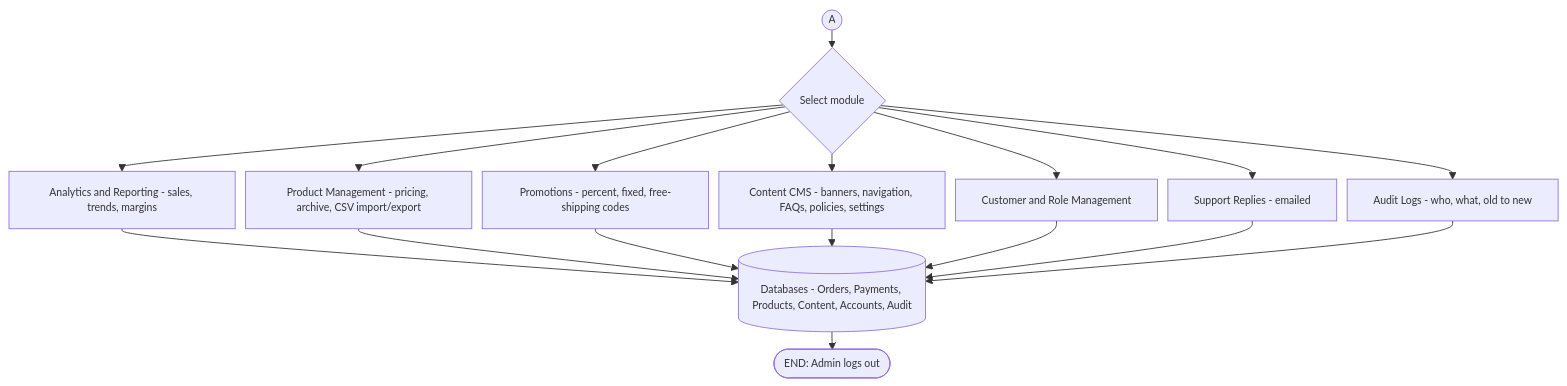
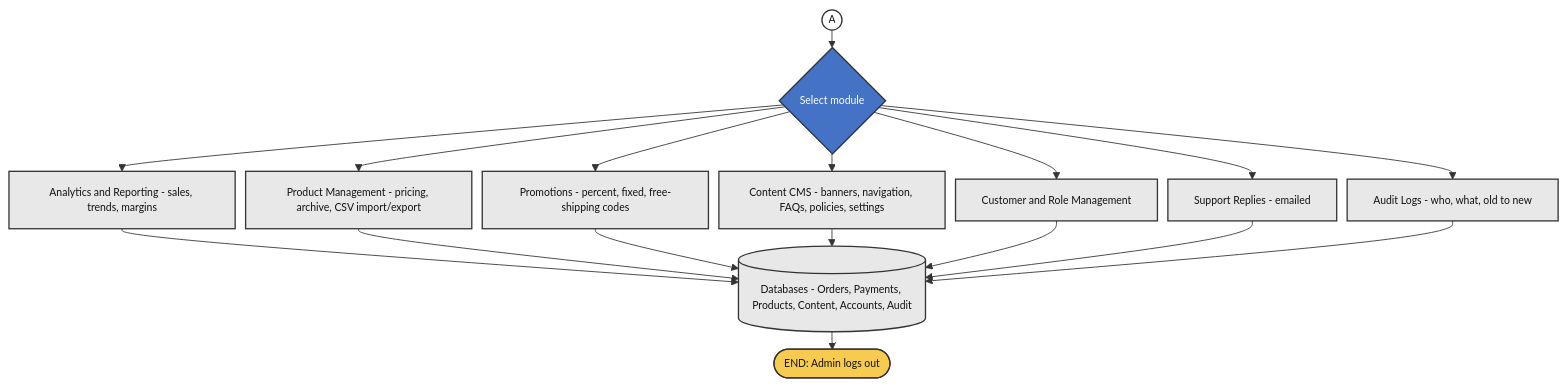
Before and after one commit to banderitax5/whiskers-prototype: the eighth of 8 diagrams in docs/system-flowcharts.md, drawn with Mermaid. The commit also changed other lines of this file, not shown here.

Commit message:
docs: capstone color scheme for flowcharts - yellow terminators, blue decisions, gray steps

````diff
--- a/docs/system-flowcharts.md
+++ b/docs/system-flowcharts.md
@@ -134,20 +193,30 @@
 ```mermaid
 %%{init: {"flowchart": {"nodeSpacing": 12, "rankSpacing": 20}, "themeVariables": {"fontSize": "12px"}}}%%
 flowchart TD
     KA2(("A")) --> M{"Select module"}
     M --> AN["Analytics and Reporting - sales, trends, margins"]
     M --> PD["Product Management - pricing, archive, CSV import/export"]
     M --> PR["Promotions - percent, fixed, free-shipping codes"]
     M --> CS["Content CMS - banners, navigation, FAQs, policies, settings"]
     M --> CR["Customer and Role Management"]
     M --> SR["Support Replies - emailed"]
     M --> AL["Audit Logs - who, what, old to new"]
     AN --> DB[("Databases - Orders, Payments, Products, Content, Accounts, Audit")]
     PD --> DB
     PR --> DB
     CS --> DB
     CR --> DB
     SR --> DB
     AL --> DB
     DB --> E(["END: Admin logs out"])
+    classDef term fill:#F6CB4F,stroke:#333333,stroke-width:1.5px,color:#111111
+    classDef proc fill:#E8E8E8,stroke:#333333,stroke-width:1.5px,color:#111111
+    classDef dec fill:#4472C4,stroke:#333333,stroke-width:1.5px,color:#FFFFFF
+    classDef db fill:#E8E8E8,stroke:#333333,stroke-width:1.5px,color:#111111
+    classDef conn fill:#FFFFFF,stroke:#333333,stroke-width:1.5px,color:#111111
+    class M dec
+    class AN,PD,PR,CS,CR,SR,AL proc
+    class DB db
+    class E term
+    class KA2 conn
 ```
````
